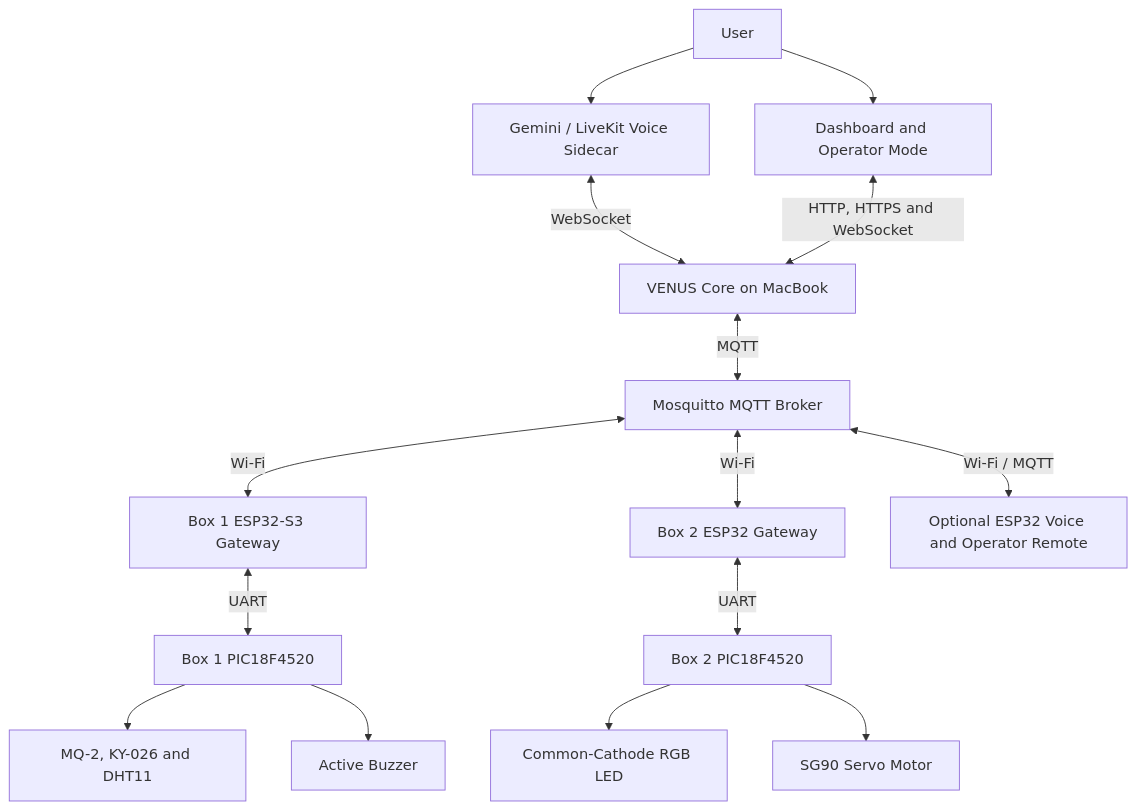
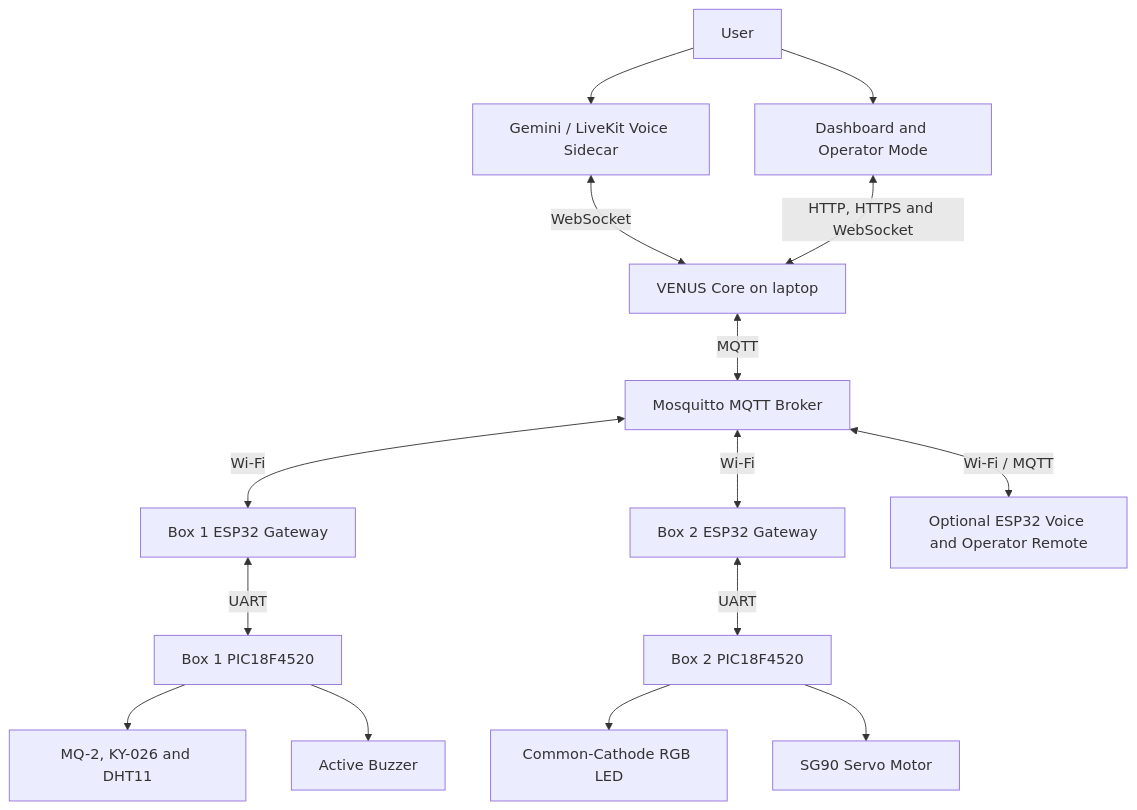
Before and after one commit to LQ0125/VENUS_REPO: the diagram in README.md, drawn with Mermaid. The commit also changed other lines of this file, not shown here.

````diff
--- a/README.md
+++ b/README.md
@@ -22,20 +22,20 @@
 ```mermaid
 flowchart TD
     User[User] --> Voice[Gemini / LiveKit Voice Sidecar]
     User --> Dashboard[Dashboard and Operator Mode]
-    Voice <-->|WebSocket| Core[VENUS Core on MacBook]
+    Voice <-->|WebSocket| Core[VENUS Core on laptop]
     Dashboard <-->|HTTP, HTTPS and WebSocket| Core
     Core <-->|MQTT| Broker[Mosquitto MQTT Broker]
 
-    Broker <-->|Wi-Fi| ESP1[Box 1 ESP32-S3 Gateway]
+    Broker <-->|Wi-Fi| ESP1[Box 1 ESP32 Gateway]
     ESP1 <-->|UART| PIC1[Box 1 PIC18F4520]
     PIC1 --> Sensors[MQ-2, KY-026 and DHT11]
     PIC1 --> Buzzer[Active Buzzer]
 
     Broker <-->|Wi-Fi| ESP2[Box 2 ESP32 Gateway]
     ESP2 <-->|UART| PIC2[Box 2 PIC18F4520]
     PIC2 --> RGB[Common-Cathode RGB LED]
     PIC2 --> Servo[SG90 Servo Motor]
 
     Broker <-->|Wi-Fi / MQTT| Remote[Optional ESP32 Voice and Operator Remote]
 ```
````
